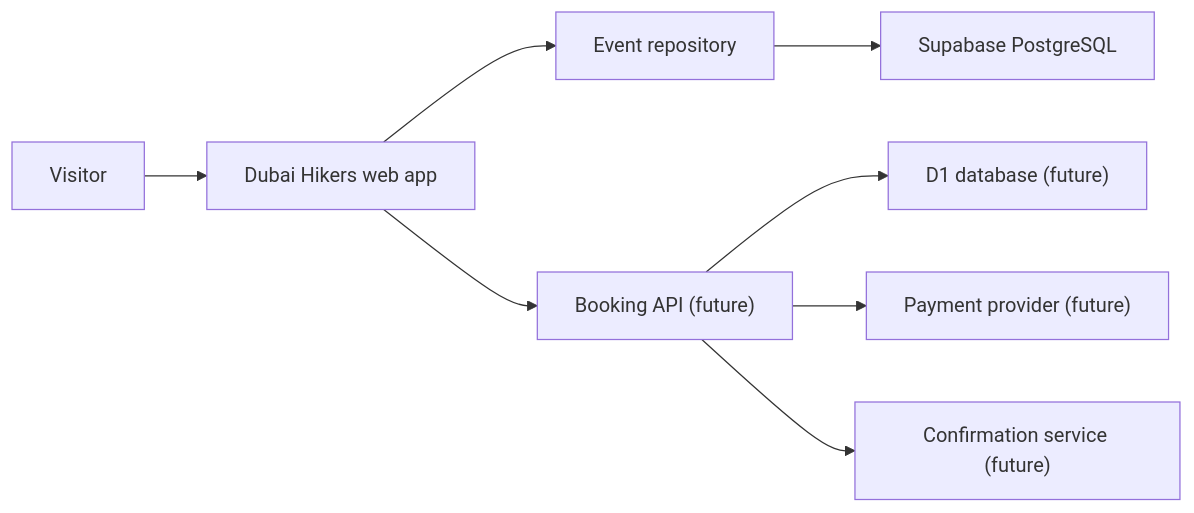
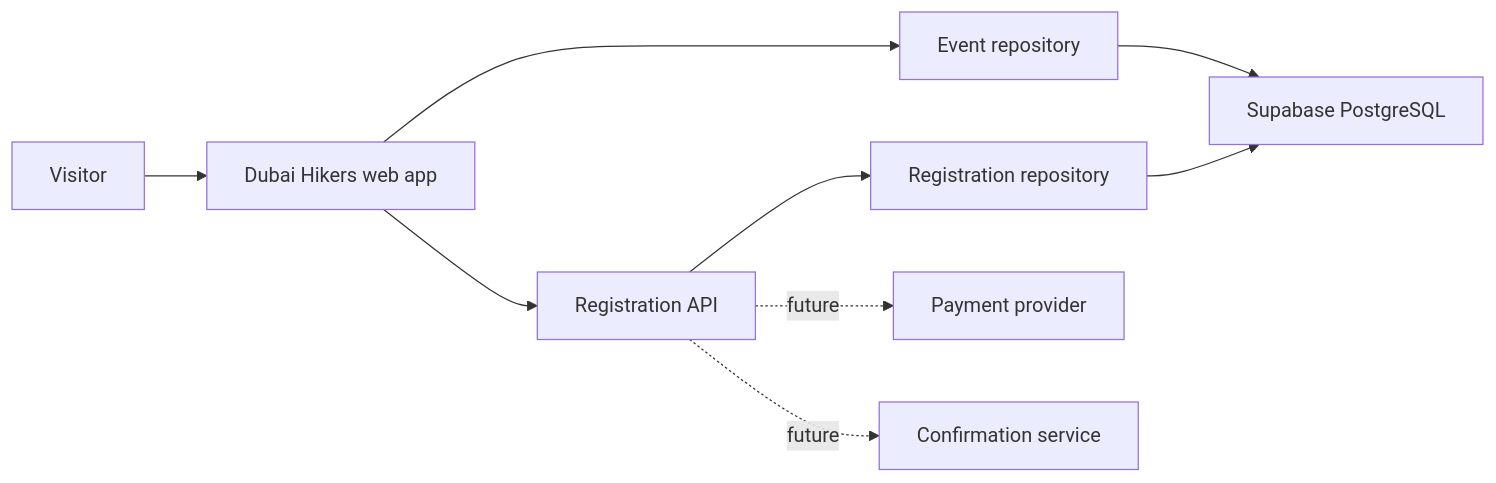
Before and after one commit to rathish24/dubaihikers: the first of 5 diagrams in docs/architecture.md, drawn with Mermaid. The commit also changed other lines of this file and 32 other files, not shown here.

Commit message:
Add event registration flow

````diff
--- a/docs/architecture.md
+++ b/docs/architecture.md
@@ -22,10 +22,11 @@
 ```mermaid
 flowchart LR
     Visitor["Visitor"] --> Web["Dubai Hikers web app"]
     Web --> EventsRepository["Event repository"]
     EventsRepository --> Supabase["Supabase PostgreSQL"]
-    Web --> BookingAPI["Booking API (future)"]
-    BookingAPI --> D1["D1 database (future)"]
-    BookingAPI --> Payment["Payment provider (future)"]
-    BookingAPI --> Email["Confirmation service (future)"]
+    Web --> RegistrationAPI["Registration API"]
+    RegistrationAPI --> RegistrationRepository["Registration repository"]
+    RegistrationRepository --> Supabase
+    RegistrationAPI -. future .-> Payment["Payment provider"]
+    RegistrationAPI -. future .-> Email["Confirmation service"]
 ```
````
